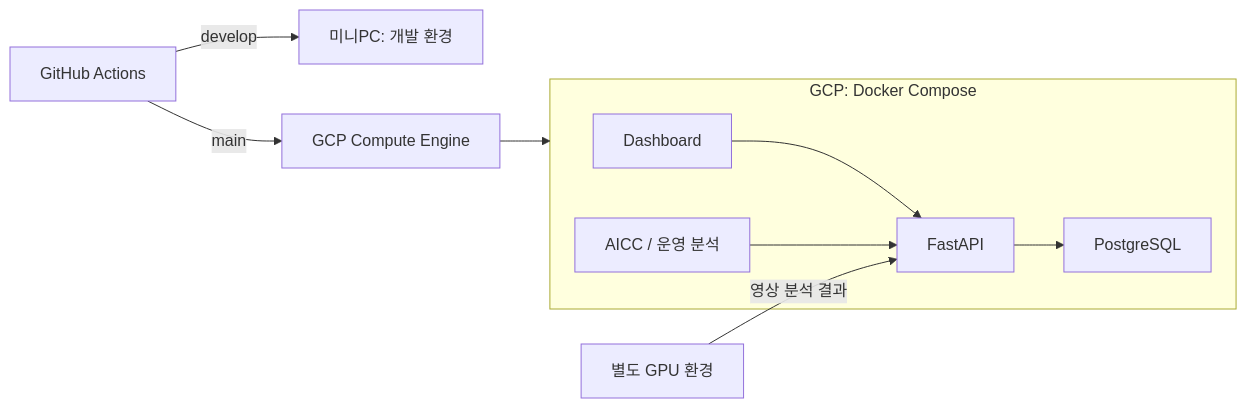
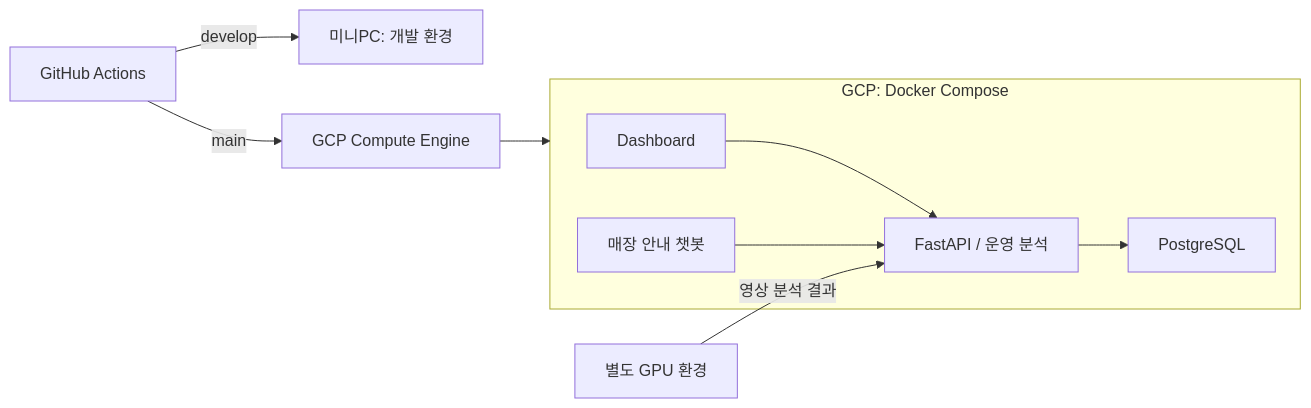
The diagram in README.md (owlooo/ai-s-eye), drawn with Mermaid before and after one commit. The commit also changed other lines of this file and 3 other files, not shown here.

````diff
--- a/README.md
+++ b/README.md
@@ -16,12 +38,12 @@
 ```mermaid
 flowchart LR
     Actions[GitHub Actions] -->|develop| Mini[미니PC: 개발 환경]
     Actions -->|main| GCP[GCP Compute Engine]
     subgraph Runtime[GCP: Docker Compose]
-        Web[Dashboard] --> API[FastAPI]
+        Web[Dashboard] --> API[FastAPI / 운영 분석]
         API --> DB[PostgreSQL]
-        AICC[AICC / 운영 분석] --> API
+        AICC[매장 안내 챗봇] --> API
     end
     GCP --> Runtime
     Vision[별도 GPU 환경] -->|영상 분석 결과| API
 ```
````
